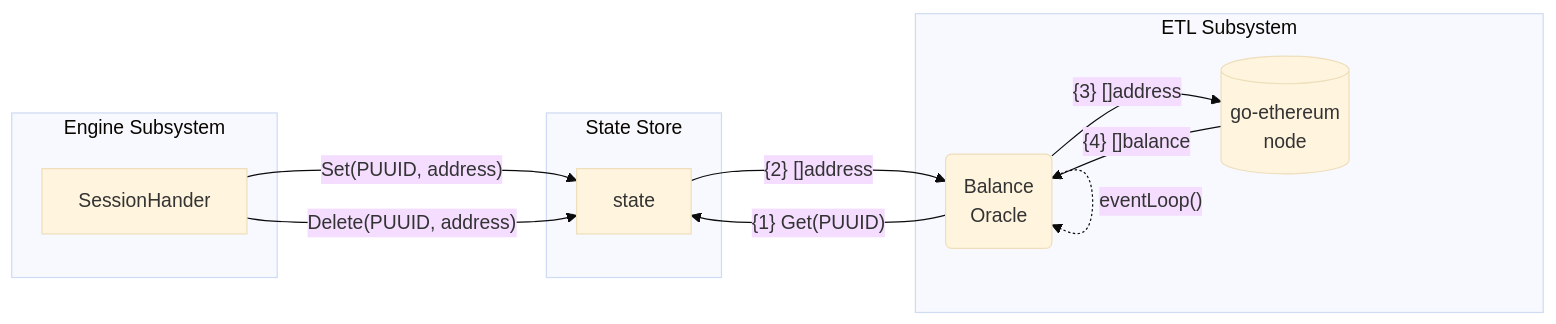
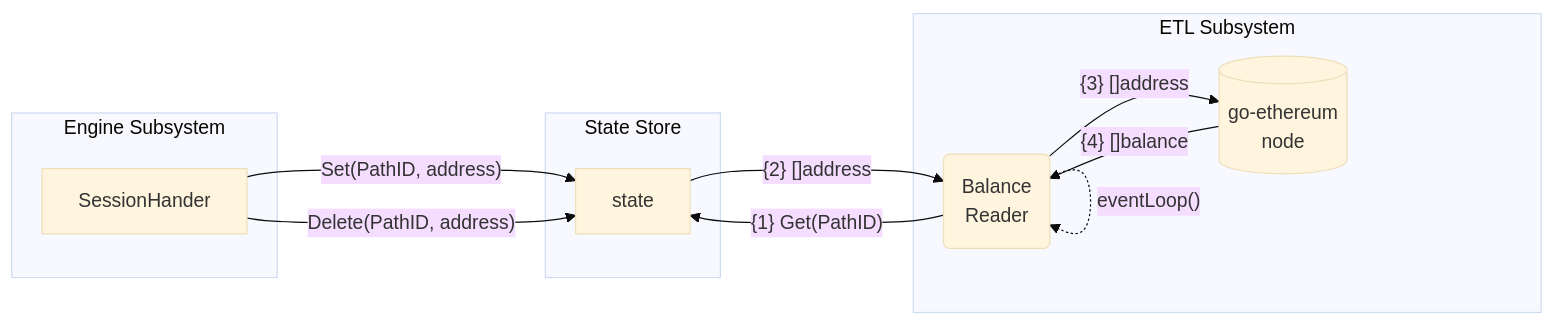
Before and after one commit to base-org/pessimism: the fourth of 5 diagrams in docs/architecture/etl.markdown, drawn with Mermaid (base theme). The commit also changed other lines of this file and 146 other files, not shown here.

```diff
--- a/docs/architecture/etl.markdown
+++ b/docs/architecture/etl.markdown
@@ -193,26 +191,26 @@
 <div class="mermaid">
 graph LR;
     subgraph SB["State Store"]
         state
     end
 
     subgraph EM["Engine Subsystem"]
 
-        SessionHander --> |"Set(PUUID, address)"|state
-        SessionHander --> |"Delete(PUUID, address)"|state
+        SessionHander --> |"Set(PathID, address)"|state
+        SessionHander --> |"Delete(PathID, address)"|state
     end
 
     subgraph ETL["ETL Subsystem"]
 
         BO --> |"{3} []address"|GETH[("go-ethereum 
                             node")]
 
         GETH --> |"{4} []balance"|BO
 
         BO("Balance
-        Oracle") --> |"{1} Get(PUUID)"|state
+        Reader") --> |"{1} Get(PathID)"|state
         BO -."eventLoop()".-> BO
 
         state --> |"{2} []address"|BO
     end
 </div>
```
